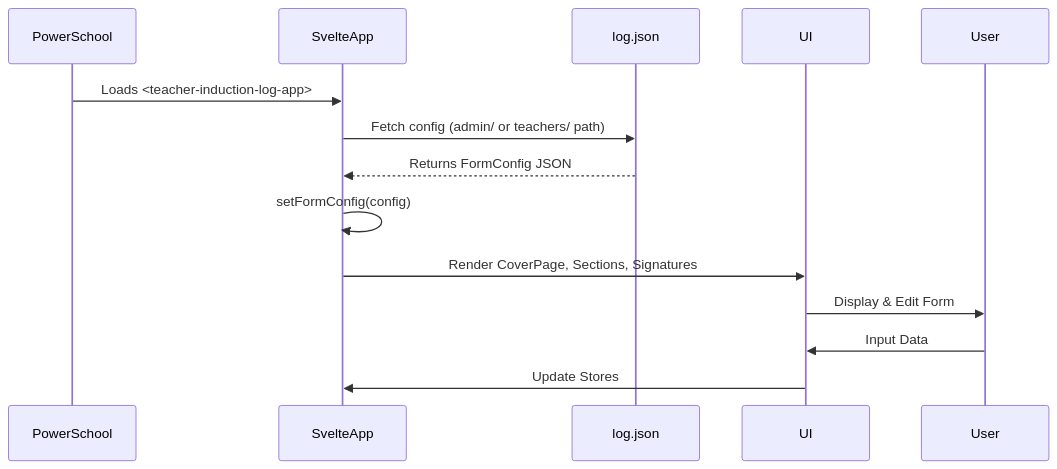
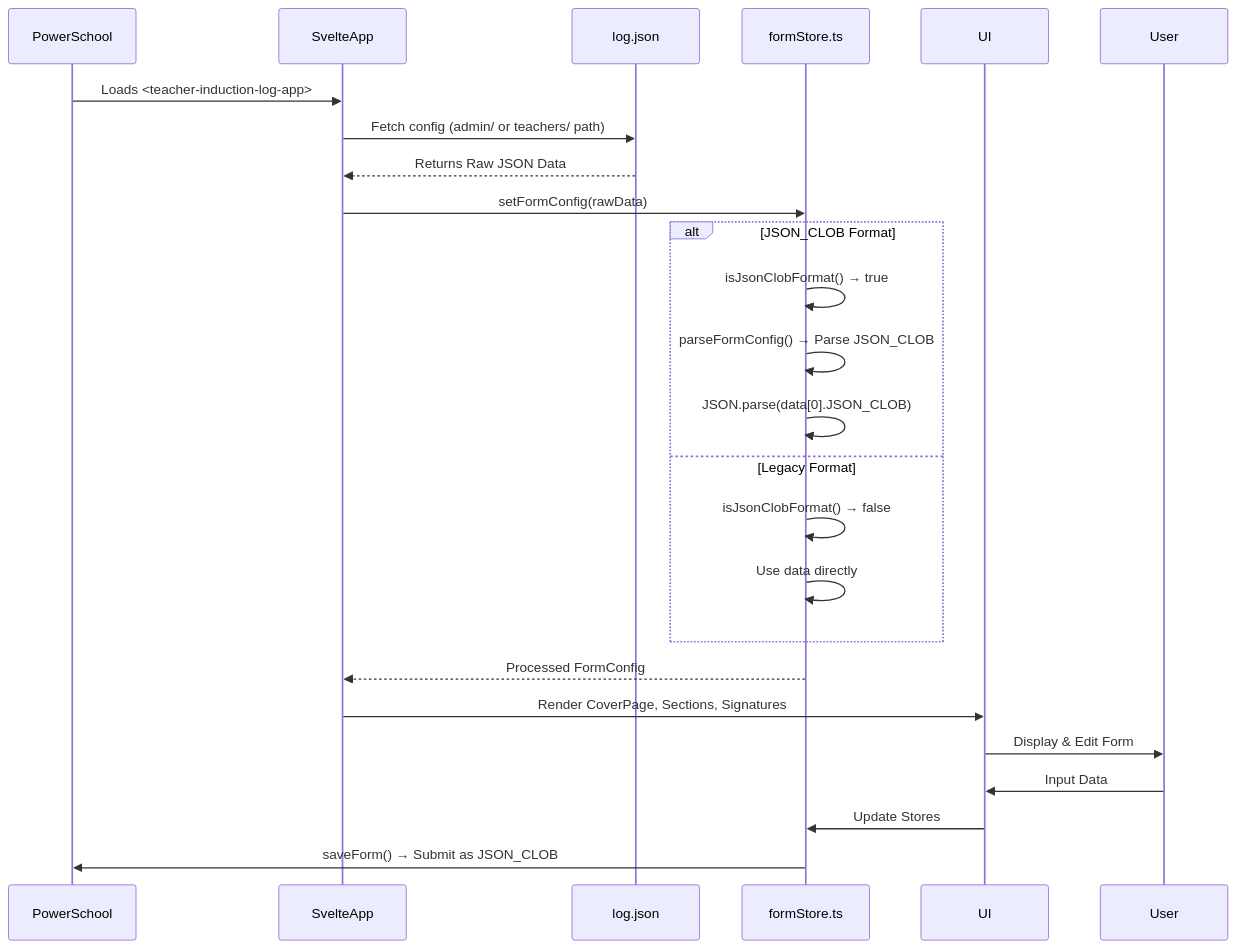
The third of 4 diagrams in MERMAID.md (TESD-Tech/teacher-induction-log), drawn with Mermaid before and after one commit. The commit also changed other lines of this file and 11 other files, not shown here.

First line of the commit message:
feat: Complete JSON_CLOB format implementation with comprehensive documentation

````diff
--- a/MERMAID.md
+++ b/MERMAID.md
@@ -62,15 +62,28 @@
 ```mermaid
 sequenceDiagram
     participant PowerSchool
     participant SvelteApp
     participant JSONFile as log.json
+    participant FormStore as formStore.ts
 
     PowerSchool->>SvelteApp: Loads <teacher-induction-log-app>
     SvelteApp->>JSONFile: Fetch config (admin/ or teachers/ path)
-    JSONFile-->>SvelteApp: Returns FormConfig JSON
-    SvelteApp->>SvelteApp: setFormConfig(config)
+    JSONFile-->>SvelteApp: Returns Raw JSON Data
+    SvelteApp->>FormStore: setFormConfig(rawData)
+    
+    alt JSON_CLOB Format
+        FormStore->>FormStore: isJsonClobFormat() → true
+        FormStore->>FormStore: parseFormConfig() → Parse JSON_CLOB
+        FormStore->>FormStore: JSON.parse(data[0].JSON_CLOB)
+    else Legacy Format
+        FormStore->>FormStore: isJsonClobFormat() → false
+        FormStore->>FormStore: Use data directly
+    end
+    
+    FormStore-->>SvelteApp: Processed FormConfig
     SvelteApp->>UI: Render CoverPage, Sections, Signatures
     UI->>User: Display & Edit Form
     User->>UI: Input Data
-    UI->>SvelteApp: Update Stores
+    UI->>FormStore: Update Stores
+    FormStore->>PowerSchool: saveForm() → Submit as JSON_CLOB
 ```
````
